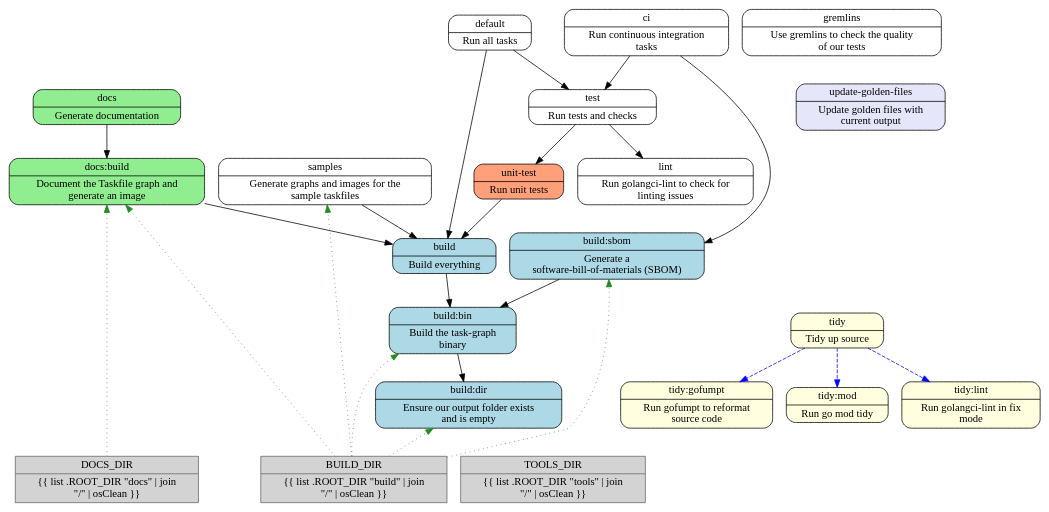
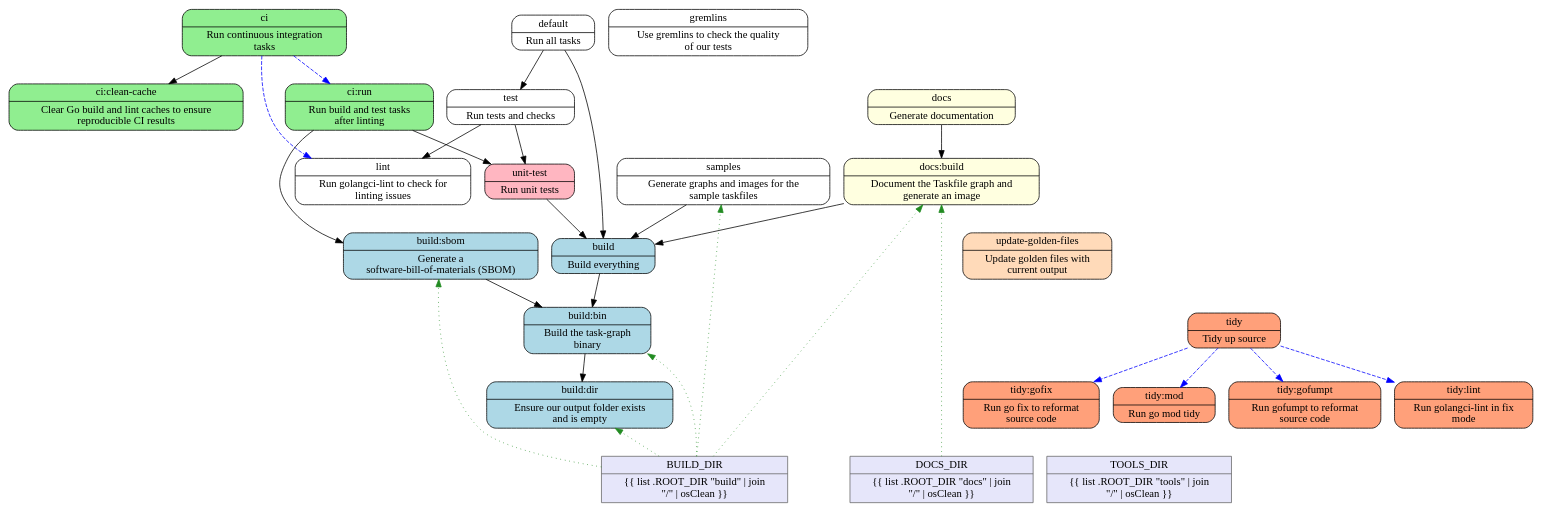
Before and after one commit to theunrepentantgeek/task-graph: the diagram in docs/taskfile.dot, drawn with Graphviz. The commit also changed 2 other files, not shown here.

Commit message:
ci: serialize lint before build tasks
Run lint immediately after clearing caches so it cannot race concurrent Go build and test processes over the shared build cache. Regenerate the Taskfile graph documentation.

Copilot-Session: 8e8c61e6-b1fc-45c2-ba65-cb88cefa5fa2

```diff
--- a/docs/taskfile.dot
+++ b/docs/taskfile.dot
@@ -48,15 +48,48 @@
   
   "ci" [
     color="black"
+    fillcolor="lightgreen"
     label="{ci | Run continuous integration \ntasks}"
     shape="Mrecord"
+    style="filled"
   ]
-  "ci" -> "test" [
+  "ci" -> "ci_clean-cache" [
     color="black"
     penwidth="1"
     style="solid"
   ]
-  "ci" -> "build_sbom" [
+  "ci" -> "lint" [
+    color="blue"
+    penwidth="1"
+    style="dashed"
+  ]
+  "ci" -> "ci_run" [
+    color="blue"
+    penwidth="1"
+    style="dashed"
+  ]
+  
+  "ci_clean-cache" [
+    color="black"
+    fillcolor="lightgreen"
+    label="{ci:clean-cache | Clear Go build and lint caches to ensure \nreproducible CI results}"
+    shape="Mrecord"
+    style="filled"
+  ]
+  
+  "ci_run" [
+    color="black"
+    fillcolor="lightgreen"
+    label="{ci:run | Run build and test tasks \nafter linting}"
+    shape="Mrecord"
+    style="filled"
+  ]
+  "ci_run" -> "unit-test" [
+    color="black"
+    penwidth="1"
+    style="solid"
+  ]
+  "ci_run" -> "build_sbom" [
     color="black"
     penwidth="1"
     style="solid"
@@ -80,7 +113,7 @@
   
   "docs" [
     color="black"
-    fillcolor="lightgreen"
+    fillcolor="lightyellow"
     label="{docs | Generate documentation}"
     shape="Mrecord"
     style="filled"
@@ -93,7 +126,7 @@
   
   "docs_build" [
     color="black"
-    fillcolor="lightgreen"
+    fillcolor="lightyellow"
     label="{docs:build | Document the Taskfile graph and \ngenerate an image}"
     shape="Mrecord"
     style="filled"
@@ -145,17 +178,22 @@
   
   "tidy" [
     color="black"
-    fillcolor="lightyellow"
+    fillcolor="lightsalmon"
     label="{tidy | Tidy up source}"
     shape="Mrecord"
     style="filled"
   ]
-  "tidy" -> "tidy_gofumpt" [
+  "tidy" -> "tidy_gofix" [
     color="blue"
     penwidth="1"
     style="dashed"
   ]
   "tidy" -> "tidy_mod" [
+    color="blue"
+    penwidth="1"
+    style="dashed"
+  ]
+  "tidy" -> "tidy_gofumpt" [
     color="blue"
     penwidth="1"
     style="dashed"
@@ -166,9 +204,17 @@
     style="dashed"
   ]
   
+  "tidy_gofix" [
+    color="black"
+    fillcolor="lightsalmon"
+    label="{tidy:gofix | Run go fix to reformat \nsource code}"
+    shape="Mrecord"
+    style="filled"
+  ]
+  
   "tidy_gofumpt" [
     color="black"
-    fillcolor="lightyellow"
+    fillcolor="lightsalmon"
     label="{tidy:gofumpt | Run gofumpt to reformat \nsource code}"
     shape="Mrecord"
     style="filled"
@@ -176,7 +222,7 @@
   
   "tidy_lint" [
     color="black"
-    fillcolor="lightyellow"
+    fillcolor="lightsalmon"
     label="{tidy:lint | Run golangci-lint in fix \nmode}"
     shape="Mrecord"
     style="filled"
@@ -184,7 +230,7 @@
   
   "tidy_mod" [
     color="black"
-    fillcolor="lightyellow"
+    fillcolor="lightsalmon"
     label="{tidy:mod | Run go mod tidy}"
     shape="Mrecord"
     style="filled"
@@ -192,7 +238,7 @@
   
   "unit-test" [
     color="black"
-    fillcolor="lightsalmon"
+    fillcolor="lightpink"
     label="{unit-test | Run unit tests}"
     shape="Mrecord"
     style="filled"
@@ -205,7 +251,7 @@
   
   "update-golden-files" [
     color="black"
-    fillcolor="lavender"
+    fillcolor="peachpuff"
     label="{update-golden-files | Update golden files with \ncurrent output}"
     shape="Mrecord"
     style="filled"
@@ -213,7 +259,7 @@
   
   "var_BUILD_DIR" [
     color="#666666"
-    fillcolor="lightgray"
+    fillcolor="lavender"
     label="{BUILD_DIR | \{\{ list .ROOT_DIR \"build\" \| join \n\"/\" \| osClean \}\}}"
     shape="record"
     style="filled"
@@ -246,7 +292,7 @@
   
   "var_DOCS_DIR" [
     color="#666666"
-    fillcolor="lightgray"
+    fillcolor="lavender"
     label="{DOCS_DIR | \{\{ list .ROOT_DIR \"docs\" \| join \n\"/\" \| osClean \}\}}"
     shape="record"
     style="filled"
@@ -259,7 +305,7 @@
   
   "var_TOOLS_DIR" [
     color="#666666"
-    fillcolor="lightgray"
+    fillcolor="lavender"
     label="{TOOLS_DIR | \{\{ list .ROOT_DIR \"tools\" \| join \n\"/\" \| osClean \}\}}"
     shape="record"
     style="filled"
```
